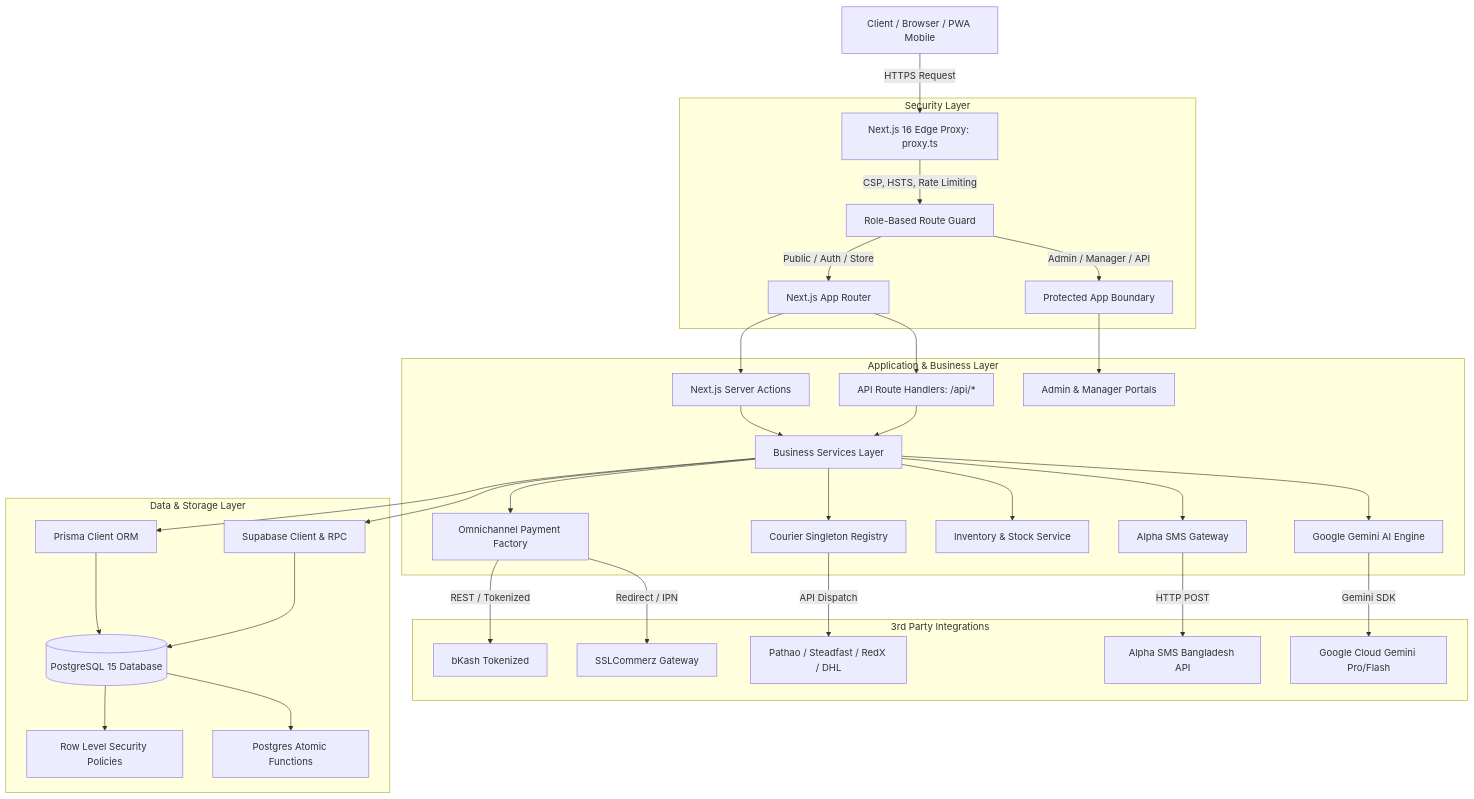
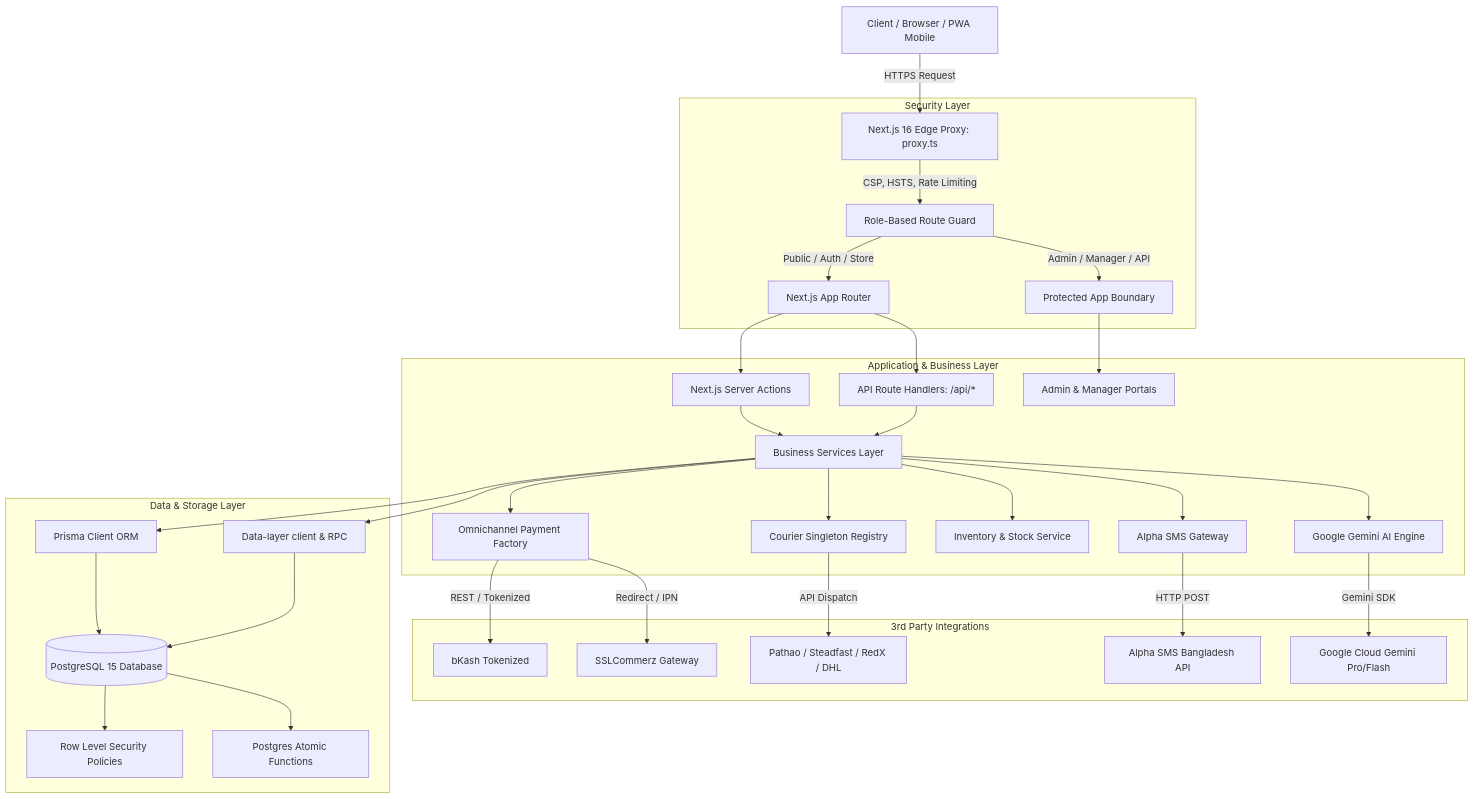
The first of 3 diagrams in README.md (devsazzadali/anchor-Fashion), drawn with Mermaid before and after one commit. The commit also changed other lines of this file and 109 other files, not shown here.

````diff
--- a/README.md
+++ b/README.md
@@ -59,42 +59,42 @@
 ```mermaid
 graph TD
     Client[Client / Browser / PWA Mobile] -->|HTTPS Request| EdgeProxy[Next.js 16 Edge Proxy: proxy.ts]
     
     subgraph Security Layer
         EdgeProxy -->|CSP, HSTS, Rate Limiting| RBAC[Role-Based Route Guard]
         RBAC -->|Public / Auth / Store| AppRouter[Next.js App Router]
         RBAC -->|Admin / Manager / API| ProtectedZone[Protected App Boundary]
     end
 
     subgraph Application & Business Layer
         AppRouter --> ServerActions[Next.js Server Actions]
         AppRouter --> RouteHandlers[API Route Handlers: /api/*]
         ProtectedZone --> AdminServices[Admin & Manager Portals]
         
         ServerActions --> Services[Business Services Layer]
         RouteHandlers --> Services
         
         Services --> PaymentHub[Omnichannel Payment Factory]
         Services --> CourierRegistry[Courier Singleton Registry]
         Services --> InventoryEngine[Inventory & Stock Service]
         Services --> SMSEngine[Alpha SMS Gateway]
         Services --> AIEngine[Google Gemini AI Engine]
     end
 
     subgraph 3rd Party Integrations
         PaymentHub -->|REST / Tokenized| BKash[bKash Tokenized]
         PaymentHub -->|Redirect / IPN| SSLCommerz[SSLCommerz Gateway]
         CourierRegistry -->|API Dispatch| Pathao[Pathao / Steadfast / RedX / DHL]
         SMSEngine -->|HTTP POST| AlphaSMS[Alpha SMS Bangladesh API]
         AIEngine -->|Gemini SDK| GeminiAPI[Google Cloud Gemini Pro/Flash]
     end
 
     subgraph Data & Storage Layer
         Services --> PrismaORM[Prisma Client ORM]
-        Services --> SupabaseClient[Supabase Client & RPC]
+        Services --> NeonClient[Data-layer client & RPC]
         PrismaORM --> PostgresDB[(PostgreSQL 15 Database)]
-        SupabaseClient --> PostgresDB
+        NeonClient --> PostgresDB
         PostgresDB --> RLS[Row Level Security Policies]
         PostgresDB --> AtomicRPC[Postgres Atomic Functions]
     end
 ```
````
